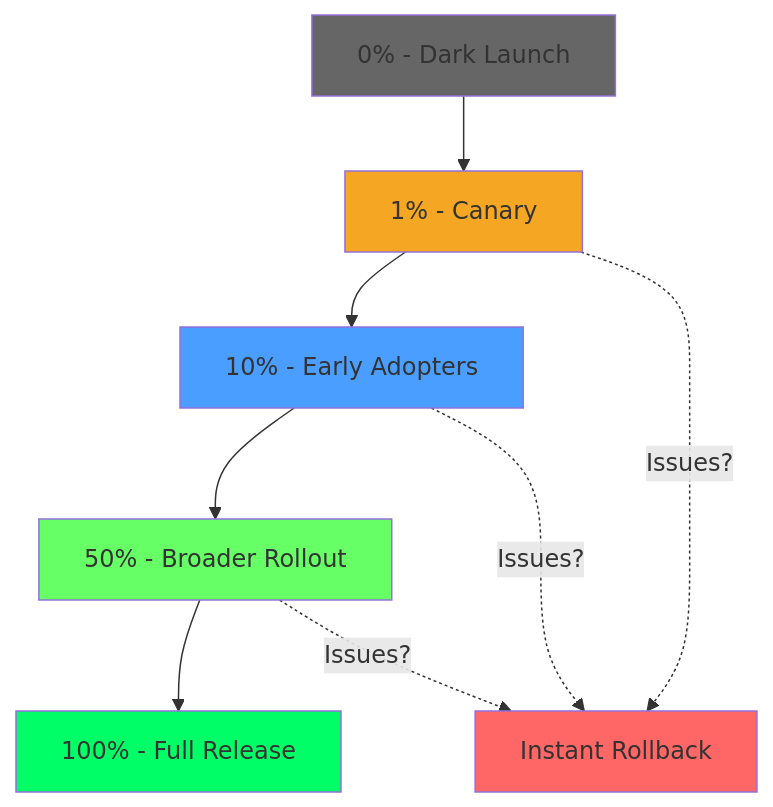
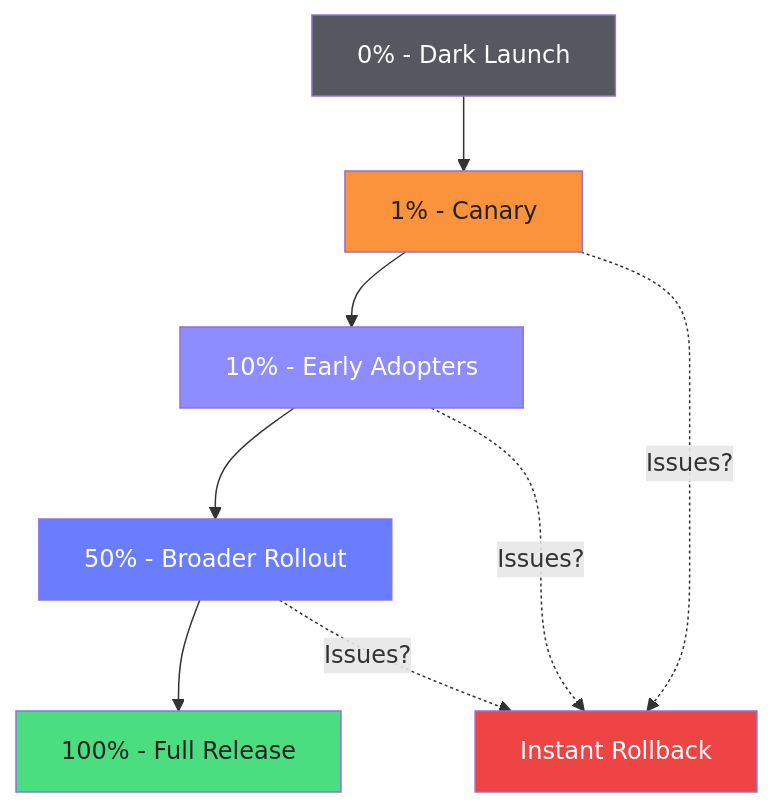
The fourth of 4 diagrams in slides.md (beeme1mr/kubecon-us-25-flag-observablity), drawn with Mermaid before and after one commit. The commit also changed other lines of this file and 11 other files, not shown here.

````diff
--- a/slides.md
+++ b/slides.md
@@ -1276,18 +1314,18 @@
 ```mermaid {scale: 0.75}
 graph TD
     A[0% - Dark Launch] --> B[1% - Canary]
     B --> C[10% - Early Adopters]
     C --> D[50% - Broader Rollout]
     D --> E[100% - Full Release]
-    
+
     B -.->|Issues?| F[Instant Rollback]
     C -.->|Issues?| F
     D -.->|Issues?| F
-    
-    style A fill:#666
-    style B fill:#f5a623
-    style C fill:#4a9eff
-    style D fill:#6f6
-    style E fill:#0f6
-    style F fill:#f66
+
+    style A fill:#55595F,color:#fff
+    style B fill:#FB923C,color:#222
+    style C fill:#8D8DFF,color:#fff
+    style D fill:#6B7DFF,color:#fff
+    style E fill:#4ADE80,color:#222
+    style F fill:#EF4444,color:#fff
 ```
````
